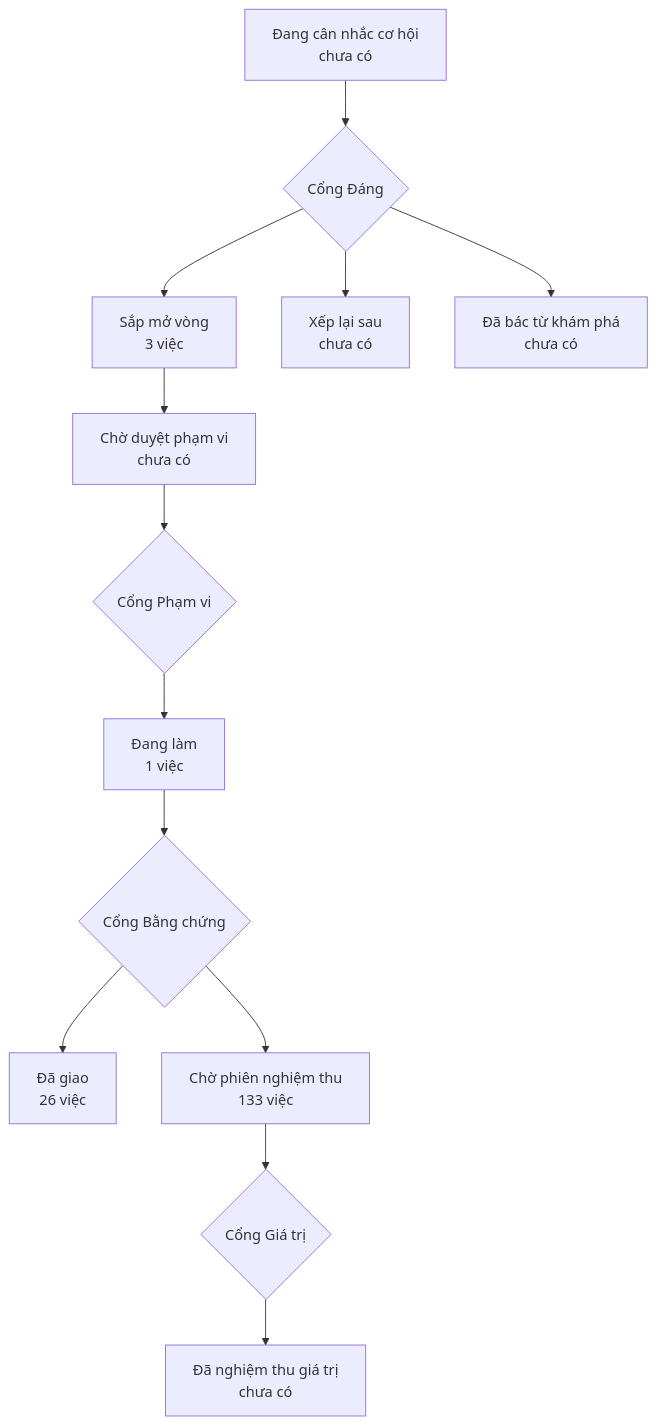
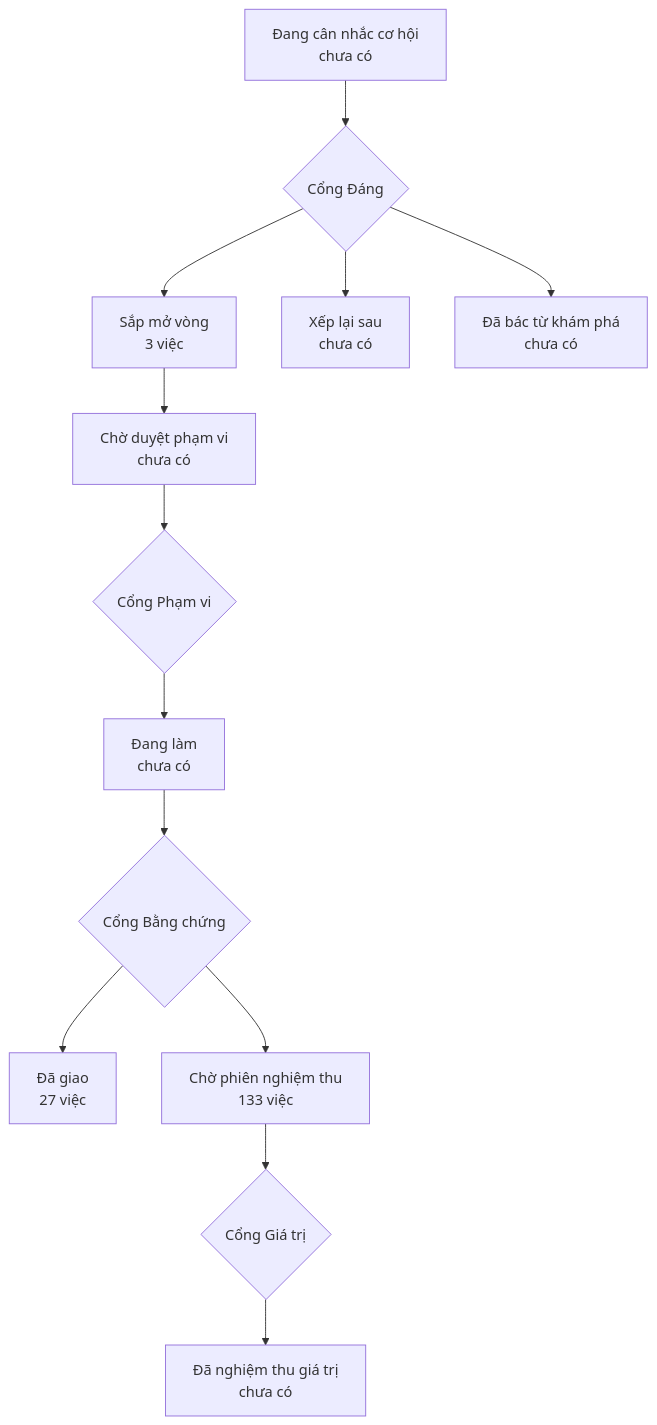
Before and after one commit to phanlemanh/onehub-quy-hang: the diagram in PRODUCT-MAP.md, drawn with Mermaid. The commit also changed other lines of this file and 27 other files, not shown here.

Commit message:
acceptance(logo-onehub): bằng chứng lượt chấm 1 — PASS, máy thông

````diff
--- a/PRODUCT-MAP.md
+++ b/PRODUCT-MAP.md
@@ -7,12 +7,12 @@
 ```mermaid
 flowchart TD
   A["Đang cân nhắc cơ hội<br/>chưa có"] --> GD{"Cổng Đáng"}
   GD --> B["Sắp mở vòng<br/>3 việc"]
   GD --> XL["Xếp lại sau<br/>chưa có"]
   GD --> DB["Đã bác từ khám phá<br/>chưa có"]
   B --> CD["Chờ duyệt phạm vi<br/>chưa có"] --> GP{"Cổng Phạm vi"}
-  GP --> DL["Đang làm<br/>1 việc"] --> GB{"Cổng Bằng chứng"}
-  GB --> DG["Đã giao<br/>26 việc"]
+  GP --> DL["Đang làm<br/>chưa có"] --> GB{"Cổng Bằng chứng"}
+  GB --> DG["Đã giao<br/>27 việc"]
   GB --> CN["Chờ phiên nghiệm thu<br/>133 việc"] --> GG{"Cổng Giá trị"}
   GG --> NT["Đã nghiệm thu giá trị<br/>chưa có"]
 ```
````
